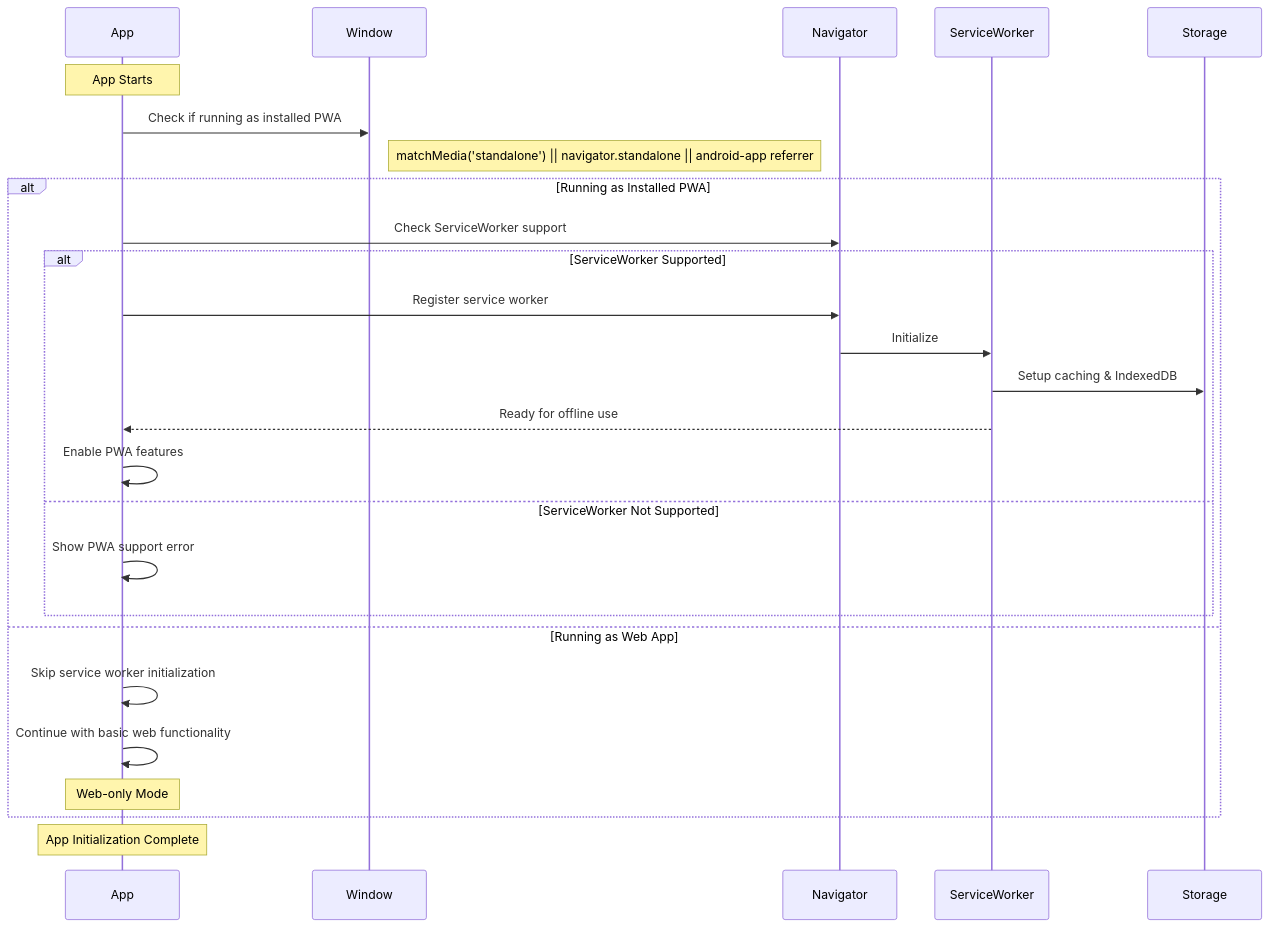
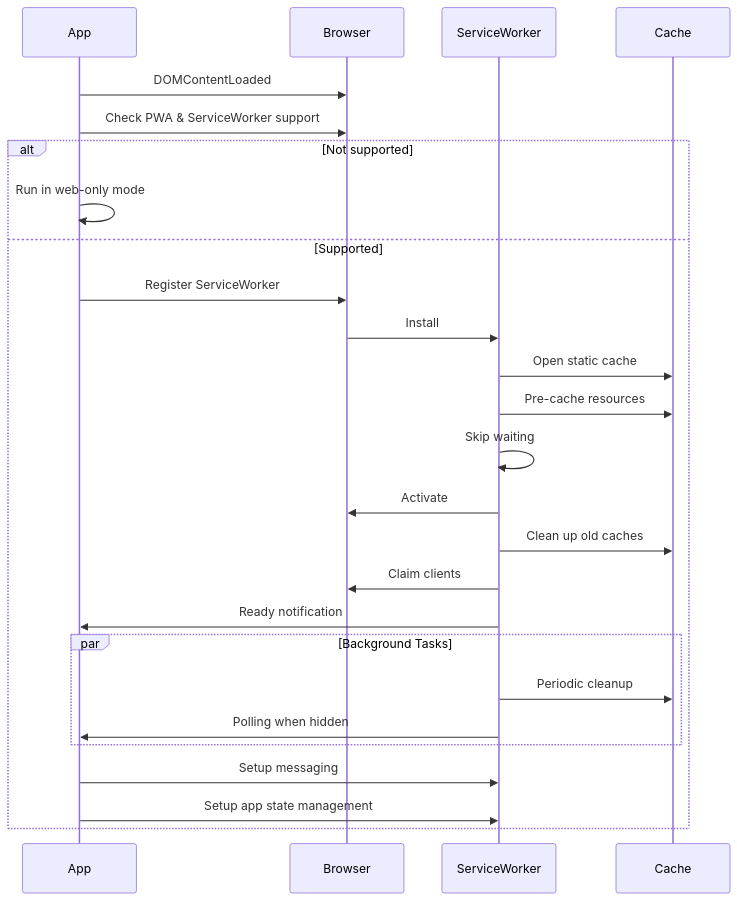
Before and after one commit to silver83p/web-client-v2: the diagram in data_structures_flow/service-worker-startup-flow.md, drawn with Mermaid. The commit also changed other lines of this file, not shown here.

````diff
--- a/data_structures_flow/service-worker-startup-flow.md
+++ b/data_structures_flow/service-worker-startup-flow.md
@@ -1,34 +60,31 @@
 ```mermaid
 sequenceDiagram
     participant App
-    participant Window
-    participant Navigator
+    participant Browser
     participant ServiceWorker
-    participant Storage
+    participant Cache
 
-    Note over App: App Starts
+    App->>Browser: DOMContentLoaded
+    App->>Browser: Check PWA & ServiceWorker support
+    alt Not supported
+        App->>App: Run in web-only mode
+    else Supported
+        App->>Browser: Register ServiceWorker
+        Browser->>ServiceWorker: Install
+        ServiceWorker->>Cache: Open static cache
+        ServiceWorker->>Cache: Pre-cache resources
+        ServiceWorker->>ServiceWorker: Skip waiting
+        ServiceWorker->>Browser: Activate
+        ServiceWorker->>Cache: Clean up old caches
+        ServiceWorker->>Browser: Claim clients
+        ServiceWorker->>App: Ready notification
 
-    App->>Window: Check if running as installed PWA
-    Note right of Window: matchMedia('standalone') || navigator.standalone || android-app referrer
-
-    alt Running as Installed PWA
-        App->>Navigator: Check ServiceWorker support
-
-        alt ServiceWorker Supported
-            App->>Navigator: Register service worker
-            Navigator->>ServiceWorker: Initialize
-            ServiceWorker->>Storage: Setup caching & IndexedDB
-            ServiceWorker-->>App: Ready for offline use
-            App->>App: Enable PWA features
-        else ServiceWorker Not Supported
-            App->>App: Show PWA support error
+        par Background Tasks
+            ServiceWorker->>Cache: Periodic cleanup
+            ServiceWorker->>App: Polling when hidden
         end
 
-    else Running as Web App
-        App->>App: Skip service worker initialization
-        App->>App: Continue with basic web functionality
-        Note over App: Web-only Mode
+        App->>ServiceWorker: Setup messaging
+        App->>ServiceWorker: Setup app state management
     end
-
-    Note over App: App Initialization Complete
 ```
````
